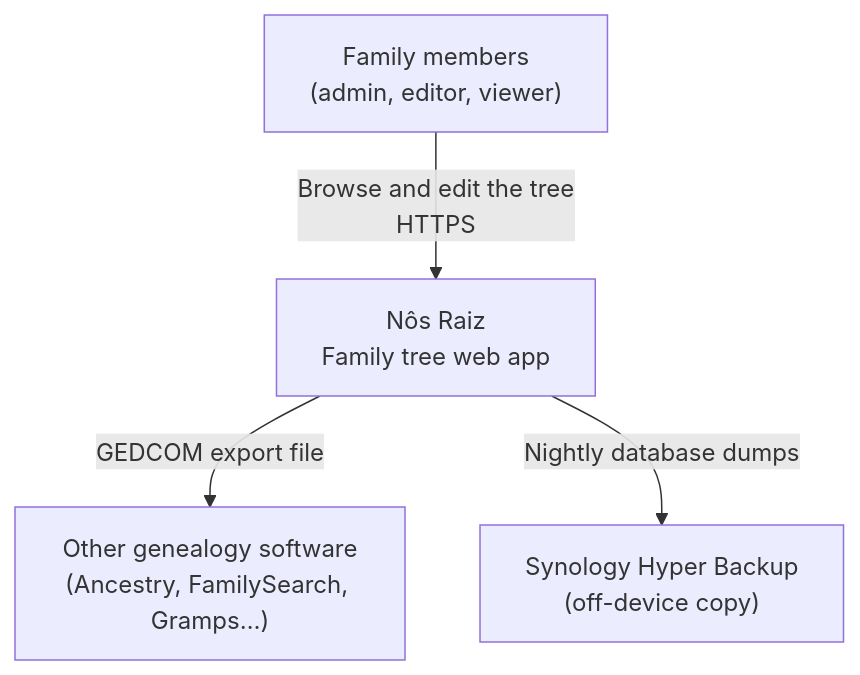
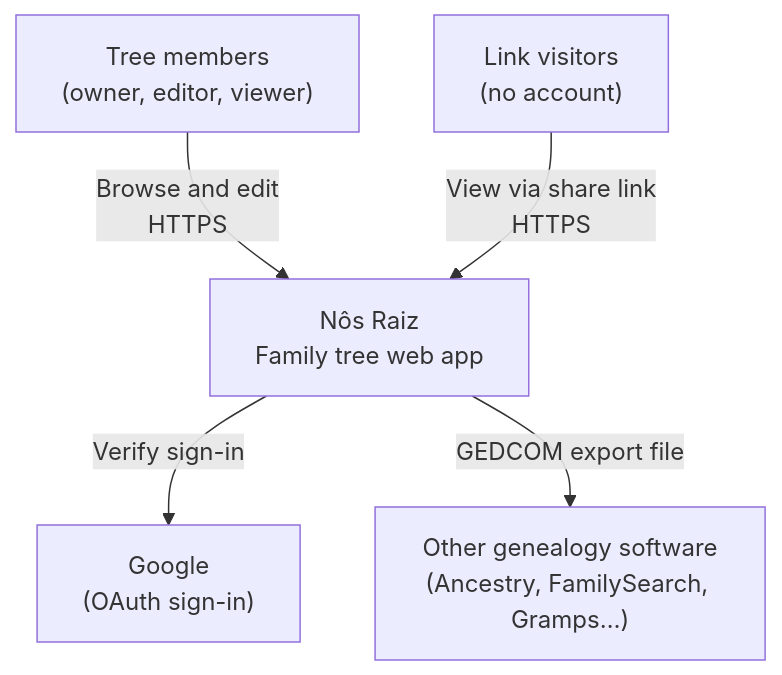
One commit to Alfredo-Moreira/nos_raiz changed the first of 4 diagrams in docs/architecture/overview.md. Above: the diagram before and after it, drawn with Mermaid. The commit also changed other lines of this file and 26 other files, not shown here.

First line of the commit message:
docs: record architecture, access and hosting decisions

````diff
--- a/docs/architecture/overview.md
+++ b/docs/architecture/overview.md
@@ -9,11 +9,13 @@
 ```mermaid
 flowchart TB
-    family["Family members<br/>(admin, editor, viewer)"]
+    members["Tree members<br/>(owner, editor, viewer)"]
+    visitors["Link visitors<br/>(no account)"]
     app["Nôs Raiz<br/>Family tree web app"]
+    google["Google<br/>(OAuth sign-in)"]
     other["Other genealogy software<br/>(Ancestry, FamilySearch, Gramps…)"]
-    backup["Synology Hyper Backup<br/>(off-device copy)"]
 
-    family -- "Browse and edit the tree<br/>HTTPS" --> app
+    members -- "Browse and edit<br/>HTTPS" --> app
+    visitors -- "View via share link<br/>HTTPS" --> app
+    app -- "Verify sign-in" --> google
     app -- "GEDCOM export file" --> other
-    app -- "Nightly database dumps" --> backup
 ```
````
